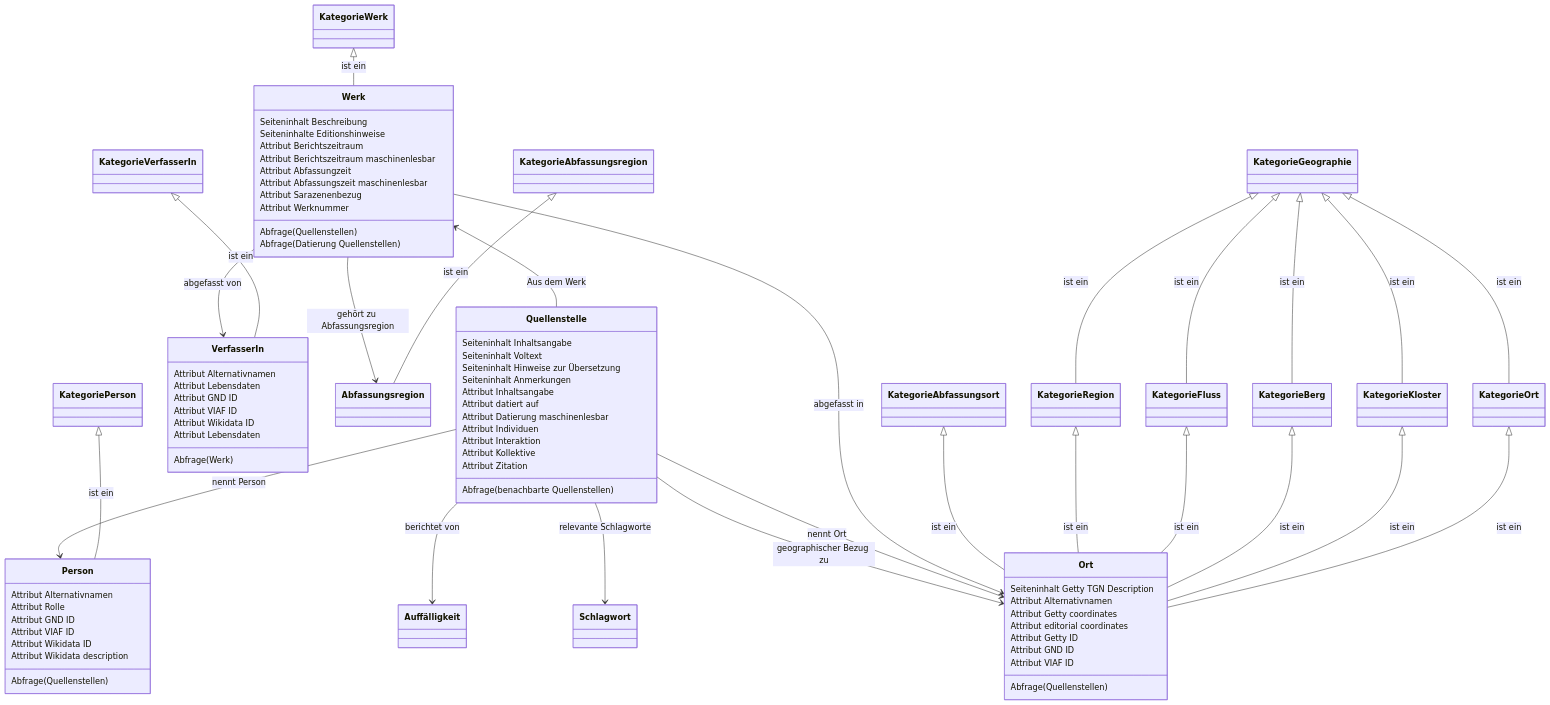
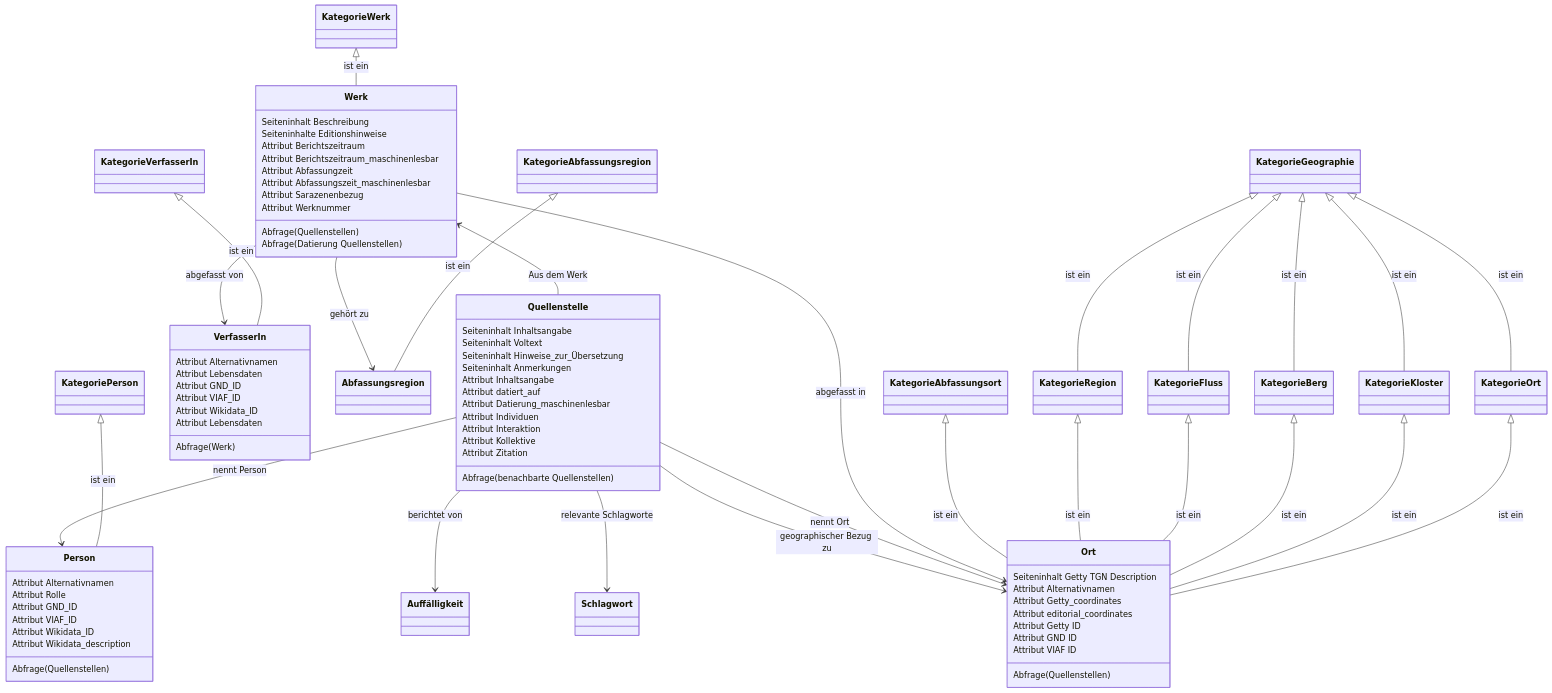
Before and after one commit to cceh/sarazenen-wiki: the diagram in datenmodell/Readme.MD, drawn with Mermaid.

````diff
--- a/datenmodell/Readme.MD
+++ b/datenmodell/Readme.MD
@@ -46,35 +46,35 @@
     Werk: Seiteninhalt Beschreibung
     Werk: Seiteninhalte Editionshinweise
     Werk: Attribut Berichtszeitraum 
-    Werk: Attribut Berichtszeitraum maschinenlesbar
+    Werk: Attribut Berichtszeitraum_maschinenlesbar
     Werk: Attribut Abfassungzeit
-    Werk: Attribut Abfassungszeit maschinenlesbar
+    Werk: Attribut Abfassungszeit_maschinenlesbar
     Werk: Attribut Sarazenenbezug
     Werk: Attribut Werknummer
     Werk <-- Quellenstelle : Aus dem Werk
     Werk --> VerfasserIn : abgefasst von
     Werk --> Ort : abgefasst in
-    Werk --> Abfassungsregion : gehört zu Abfassungsregion
+    Werk --> Abfassungsregion : gehört zu
     Werk: Abfrage(Quellenstellen)
     Werk: Abfrage(Datierung Quellenstellen)
     
     class VerfasserIn
     VerfasserIn: Attribut Alternativnamen
     VerfasserIn: Attribut Lebensdaten
-    VerfasserIn: Attribut GND ID
-    VerfasserIn: Attribut VIAF ID
-    VerfasserIn: Attribut Wikidata ID
+    VerfasserIn: Attribut GND_ID
+    VerfasserIn: Attribut VIAF_ID
+    VerfasserIn: Attribut Wikidata_ID
     VerfasserIn: Attribut Lebensdaten
     VerfasserIn: Abfrage(Werk)
 
     class Quellenstelle
     Quellenstelle: Seiteninhalt Inhaltsangabe
     Quellenstelle: Seiteninhalt Voltext
-    Quellenstelle: Seiteninhalt Hinweise zur Übersetzung
+    Quellenstelle: Seiteninhalt Hinweise_zur_Übersetzung
     Quellenstelle: Seiteninhalt Anmerkungen
     Quellenstelle: Attribut Inhaltsangabe
-    Quellenstelle: Attribut datiert auf
-    Quellenstelle: Attribut Datierung maschinenlesbar
+    Quellenstelle: Attribut datiert_auf
+    Quellenstelle: Attribut Datierung_maschinenlesbar
     Quellenstelle: Attribut Individuen
     Quellenstelle: Attribut Interaktion
     Quellenstelle: Attribut Kollektive
@@ -89,17 +89,17 @@
     class Person
     Person: Attribut Alternativnamen
     Person: Attribut Rolle
-    Person: Attribut GND ID
-    Person: Attribut VIAF ID
-    Person: Attribut Wikidata ID
-    Person: Attribut Wikidata description
+    Person: Attribut GND_ID
+    Person: Attribut VIAF_ID
+    Person: Attribut Wikidata_ID
+    Person: Attribut Wikidata_description
     Person: Abfrage(Quellenstellen)
 
     class Ort
     Ort: Seiteninhalt Getty TGN Description
     Ort: Attribut Alternativnamen
-    Ort: Attribut Getty coordinates
-    Ort: Attribut editorial coordinates
+    Ort: Attribut Getty_coordinates
+    Ort: Attribut editorial_coordinates
     Ort: Attribut Getty ID
     Ort: Attribut GND ID
     Ort: Attribut VIAF ID
@@ -110,5 +110,4 @@
     class Schlagwort
 
 end
-
 ```
````
